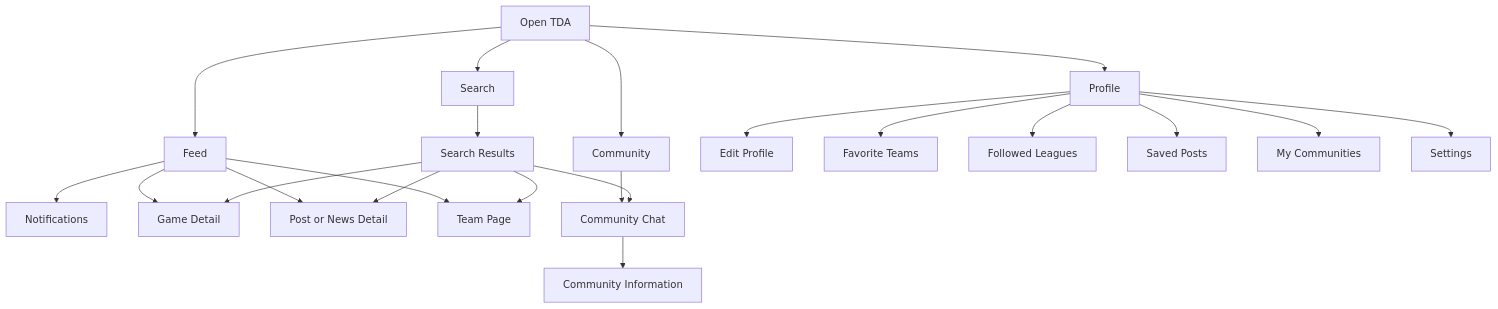
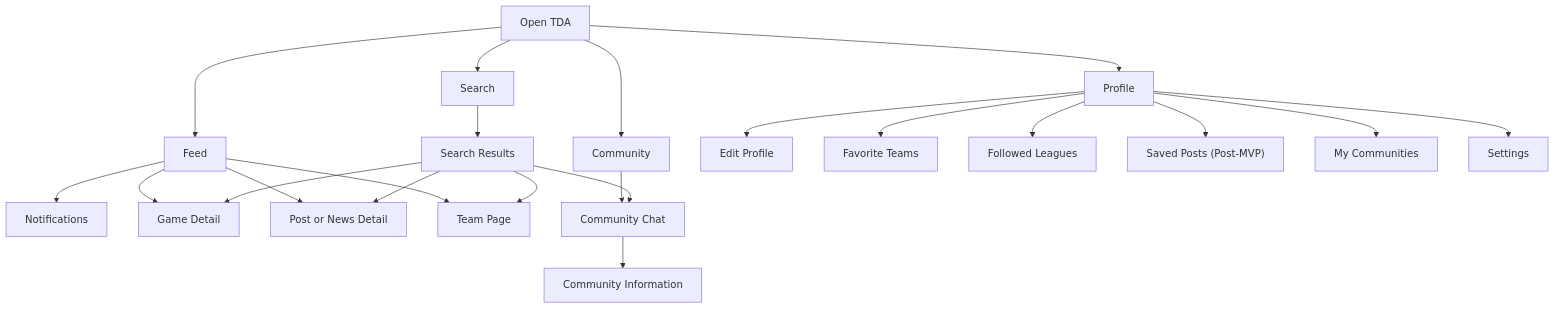
The diagram in documentation/product/wireframes/low_fidelity_wireframes.md (ernestosoto3/TDA), drawn with Mermaid before and after one commit. The commit also changed other lines of this file and 4 other files, not shown here.

````diff
--- a/documentation/product/wireframes/low_fidelity_wireframes.md
+++ b/documentation/product/wireframes/low_fidelity_wireframes.md
@@ -204,28 +204,28 @@
 ```mermaid
 flowchart TD
     A[Open TDA] --> B[Feed]
 
     B --> C[Notifications]
     B --> D[Game Detail]
     B --> E[Post or News Detail]
     B --> F[Team Page]
 
     A --> G[Community]
     G --> H[Community Chat]
     H --> I[Community Information]
 
     A --> J[Search]
     J --> K[Search Results]
     K --> F
     K --> D
     K --> H
     K --> E
 
     A --> L[Profile]
     L --> M[Edit Profile]
     L --> N[Favorite Teams]
     L --> O[Followed Leagues]
-    L --> P[Saved Posts]
+    L --> P["Saved Posts (Post-MVP)"]
     L --> Q[My Communities]
     L --> R[Settings]
 ```
````
